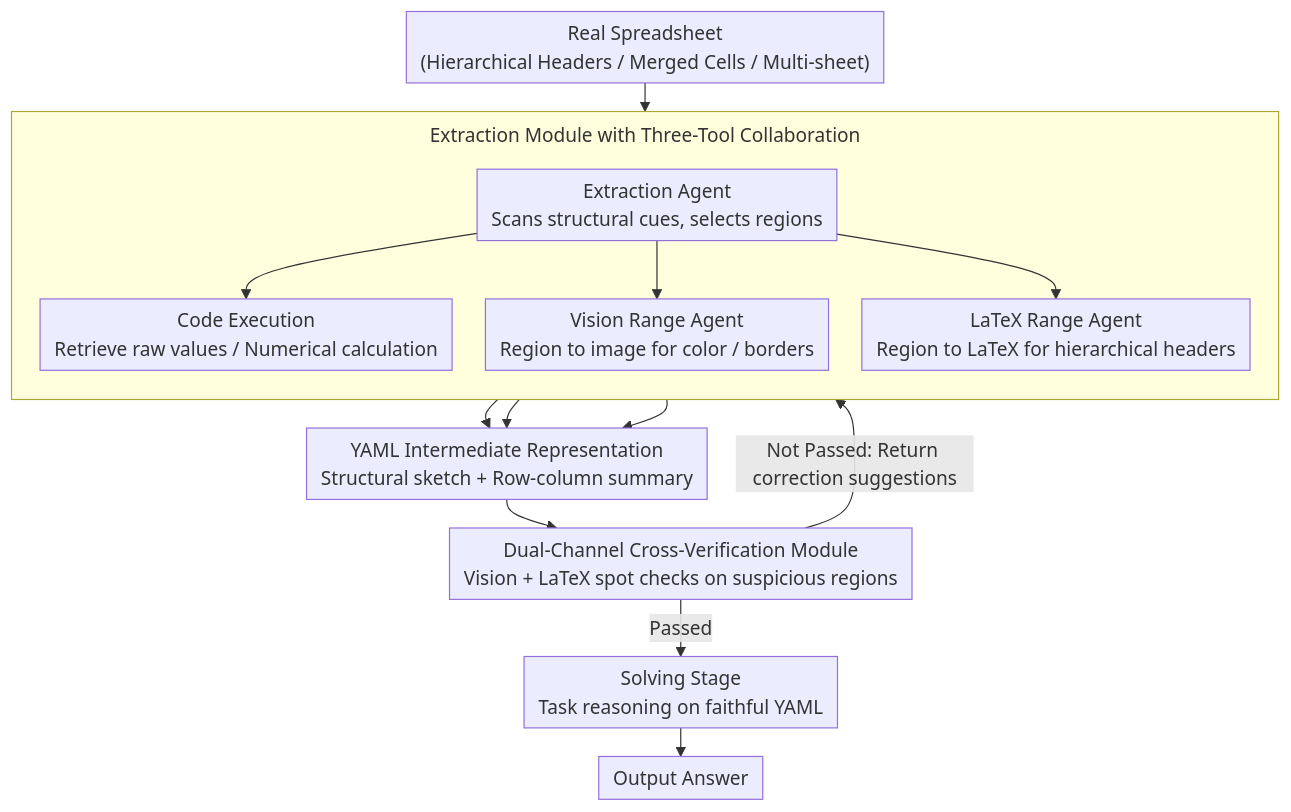
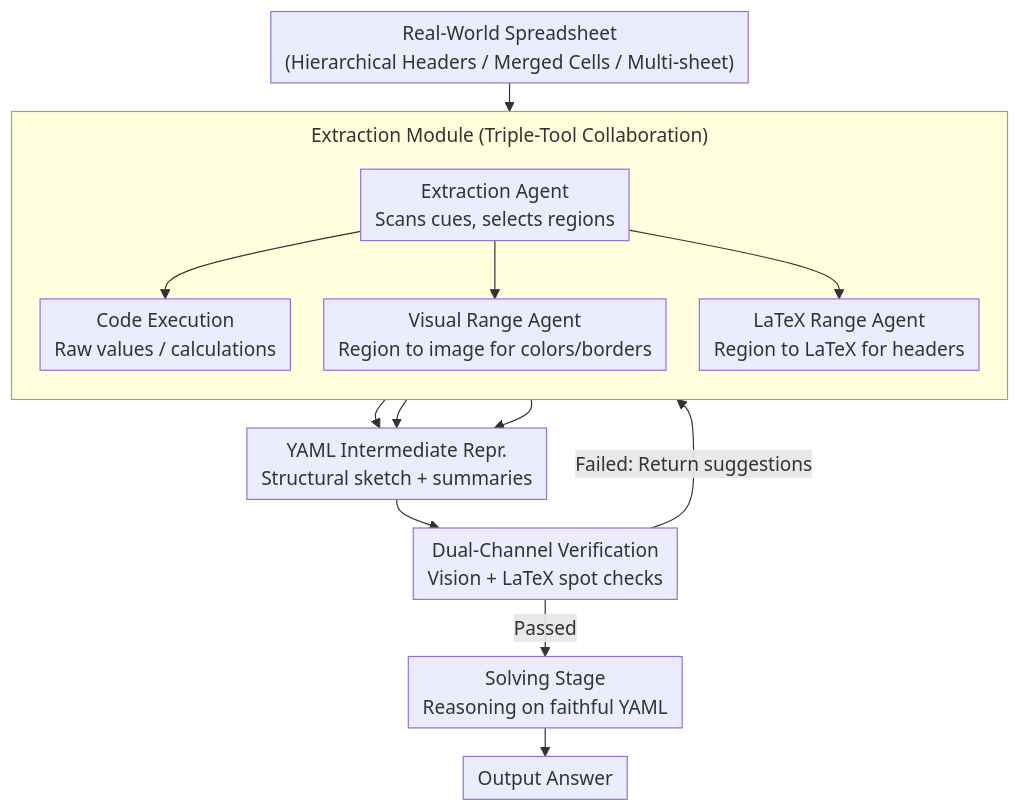
The diagram in docs/ACL2026/multi_agent/towards_robust_real-world_spreadsheet_understanding_with_multi-agent_multi-forma.md (zhaoyang97/Paper-Notes-en), drawn with Mermaid before and after one commit. The commit also changed other lines of this file and 5084 other files, not shown here.

````diff
--- a/docs/ACL2026/multi_agent/towards_robust_real-world_spreadsheet_understanding_with_multi-agent_multi-forma.md
+++ b/docs/ACL2026/multi_agent/towards_robust_real-world_spreadsheet_understanding_with_multi-agent_multi-forma.md
@@ -44,18 +44,18 @@
 ```mermaid
 %%{init: {'flowchart': {'rankSpacing': 24, 'nodeSpacing': 28, 'padding': 6, 'wrappingWidth': 400, 'subGraphTitleMargin': {'top': 8, 'bottom': 16}}}}%%
 flowchart TD
-    A["Real Spreadsheet<br/>(Hierarchical Headers / Merged Cells / Multi-sheet)"] --> B
-    subgraph EXT["Extraction Module with Three-Tool Collaboration"]
+    A["Real-World Spreadsheet<br/>(Hierarchical Headers / Merged Cells / Multi-sheet)"] --> B
+    subgraph EXT["Extraction Module (Triple-Tool Collaboration)"]
         direction TB
-        B["Extraction Agent<br/>Scans structural cues, selects regions"] --> T1["Code Execution<br/>Retrieve raw values / Numerical calculation"]
-        B --> T2["Vision Range Agent<br/>Region to image for color / borders"]
-        B --> T3["LaTeX Range Agent<br/>Region to LaTeX for hierarchical headers"]
+        B["Extraction Agent<br/>Scans cues, selects regions"] --> T1["Code Execution<br/>Raw values / calculations"]
+        B --> T2["Visual Range Agent<br/>Region to image for colors/borders"]
+        B --> T3["LaTeX Range Agent<br/>Region to LaTeX for headers"]
     end
-    T1 --> Y["YAML Intermediate Representation<br/>Structural sketch + Row-column summary"]
+    T1 --> Y["YAML Intermediate Repr.<br/>Structural sketch + summaries"]
     T2 --> Y
     T3 --> Y
-    Y --> V["Dual-Channel Cross-Verification Module<br/>Vision + LaTeX spot checks on suspicious regions"]
-    V -->|Not Passed: Return correction suggestions| B
-    V -->|Passed| S["Solving Stage<br/>Task reasoning on faithful YAML"]
+    Y --> V["Dual-Channel Verification<br/>Vision + LaTeX spot checks"]
+    V -->|Failed: Return suggestions| B
+    V -->|Passed| S["Solving Stage<br/>Reasoning on faithful YAML"]
     S --> O["Output Answer"]
 ```
````
